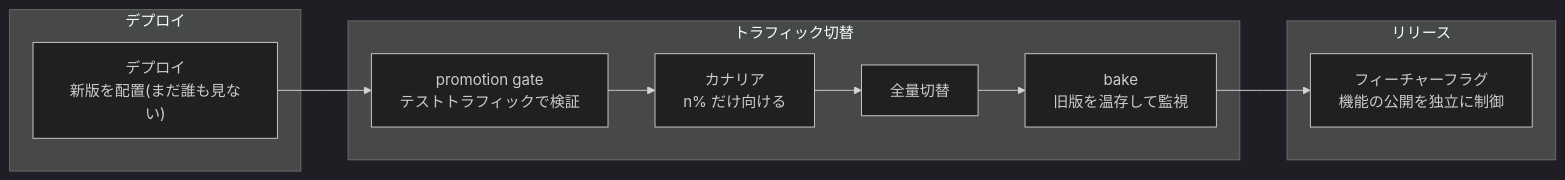
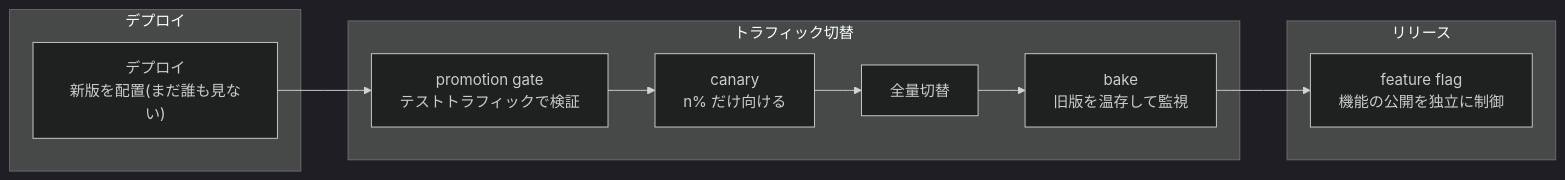
Before and after one commit to rikukaInoue/rikukadev: the first of 7 diagrams in src/content/blog/progressive-delivery-intro.mdx, drawn with Mermaid (dark theme). The commit also changed other lines of this file and 5 other files, not shown here.

First line of the commit message:
列挙と図の並びは英語に統一。用語表に近い語(exactly-once・rolling update・SLI/SLO/SLA 等)を足す

````diff
--- a/src/content/blog/progressive-delivery-intro.mdx
+++ b/src/content/blog/progressive-delivery-intro.mdx
@@ -20,14 +20,14 @@
 ```mermaid
 graph LR
     subgraph デプロイ
         D["デプロイ<br/>新版を配置(まだ誰も見ない)"]
     end
     subgraph トラフィック切替
-        G["promotion gate<br/>テストトラフィックで検証"] --> C["カナリア<br/>n% だけ向ける"] --> F2["全量切替"] --> BK["bake<br/>旧版を温存して監視"]
+        G["promotion gate<br/>テストトラフィックで検証"] --> C["canary<br/>n% だけ向ける"] --> F2["全量切替"] --> BK["bake<br/>旧版を温存して監視"]
     end
     subgraph リリース
-        FL["フィーチャーフラグ<br/>機能の公開を独立に制御"]
+        FL["feature flag<br/>機能の公開を独立に制御"]
     end
     D --> G
     BK --> FL
 ```
````
